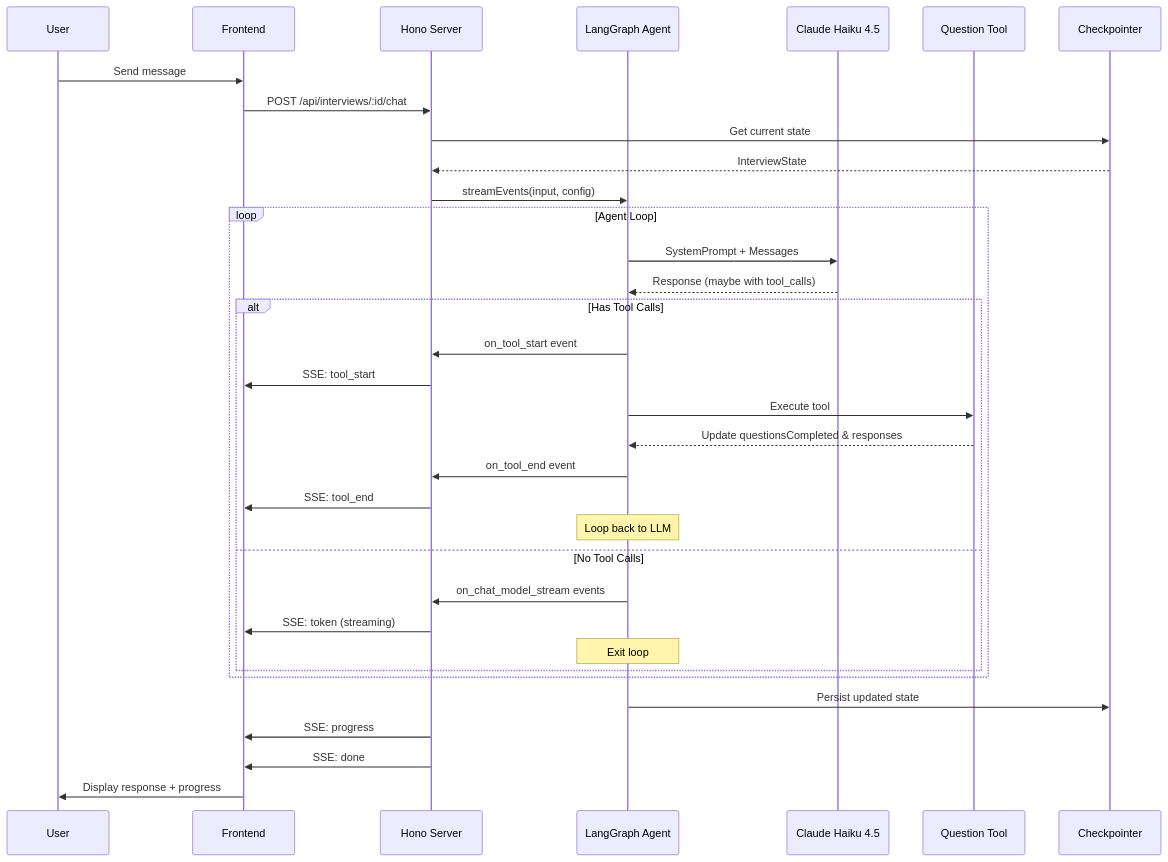
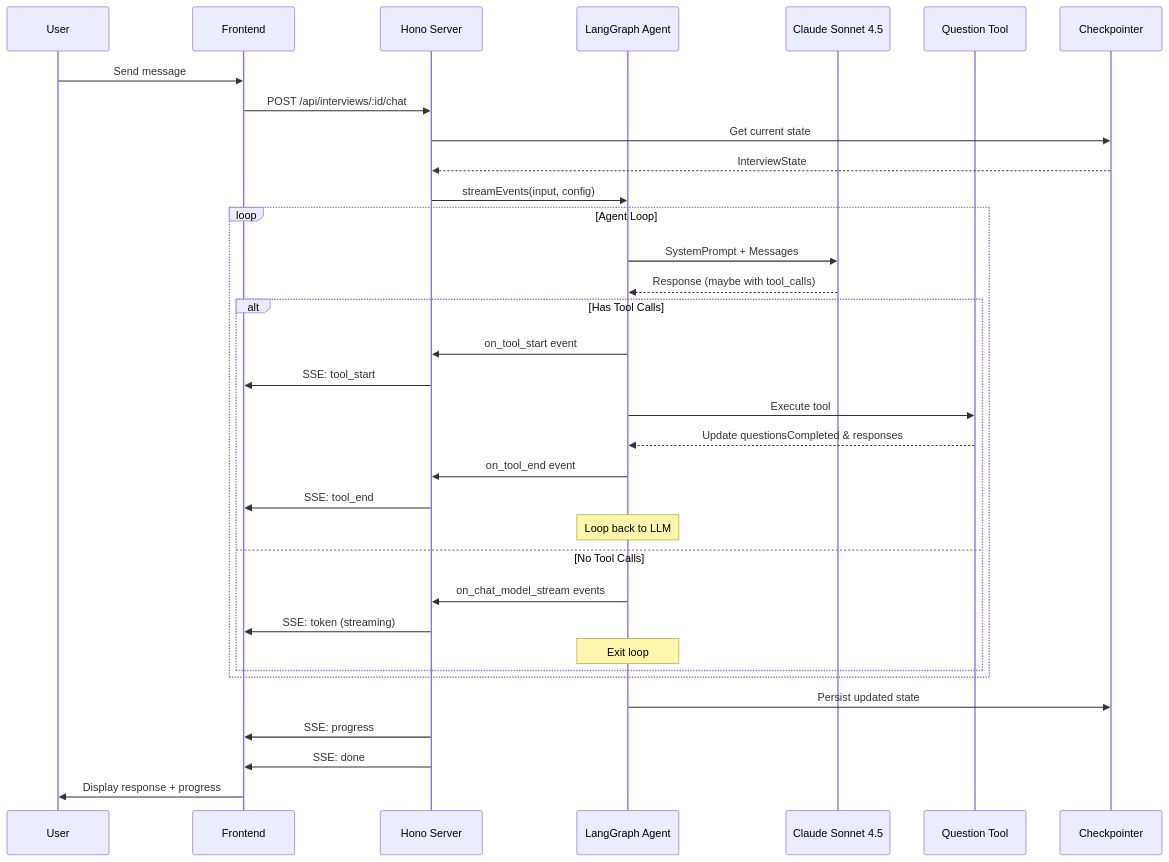
Before and after one commit to jwa91/deep-interviewer: the diagram in docs/agent-runtime-sequence.md, drawn with Mermaid. The commit also changed 4 other files, not shown here.

````diff
--- a/docs/agent-runtime-sequence.md
+++ b/docs/agent-runtime-sequence.md
@@ -3,41 +3,41 @@
 ```mermaid
 sequenceDiagram
     participant U as User
     participant FE as Frontend
     participant API as Hono Server
     participant Agent as LangGraph Agent
-    participant LLM as Claude Haiku 4.5
+    participant LLM as Claude Sonnet 4.5
     participant Tool as Question Tool
     participant CP as Checkpointer
 
     U->>FE: Send message
     FE->>API: POST /api/interviews/:id/chat
     API->>CP: Get current state
     CP-->>API: InterviewState
 
     API->>Agent: streamEvents(input, config)
 
     loop Agent Loop
         Agent->>LLM: SystemPrompt + Messages
         LLM-->>Agent: Response (maybe with tool_calls)
 
         alt Has Tool Calls
             Agent->>API: on_tool_start event
             API->>FE: SSE: tool_start
             Agent->>Tool: Execute tool
             Tool-->>Agent: Update questionsCompleted & responses
             Agent->>API: on_tool_end event
             API->>FE: SSE: tool_end
             Note over Agent: Loop back to LLM
         else No Tool Calls
             Agent->>API: on_chat_model_stream events
             API->>FE: SSE: token (streaming)
             Note over Agent: Exit loop
         end
     end
 
     Agent->>CP: Persist updated state
     API->>FE: SSE: progress
     API->>FE: SSE: done
     FE->>U: Display response + progress
 ```
````
